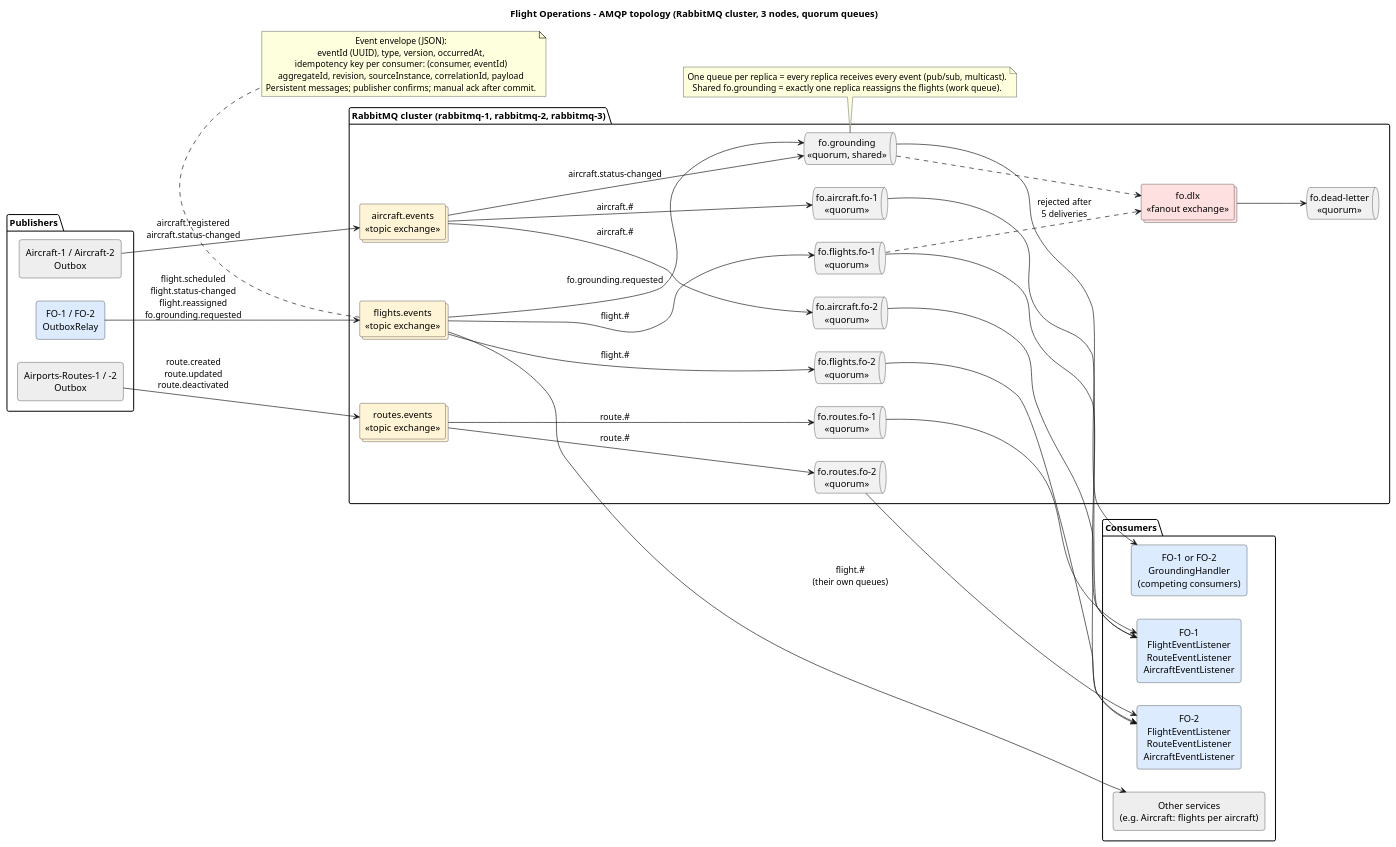
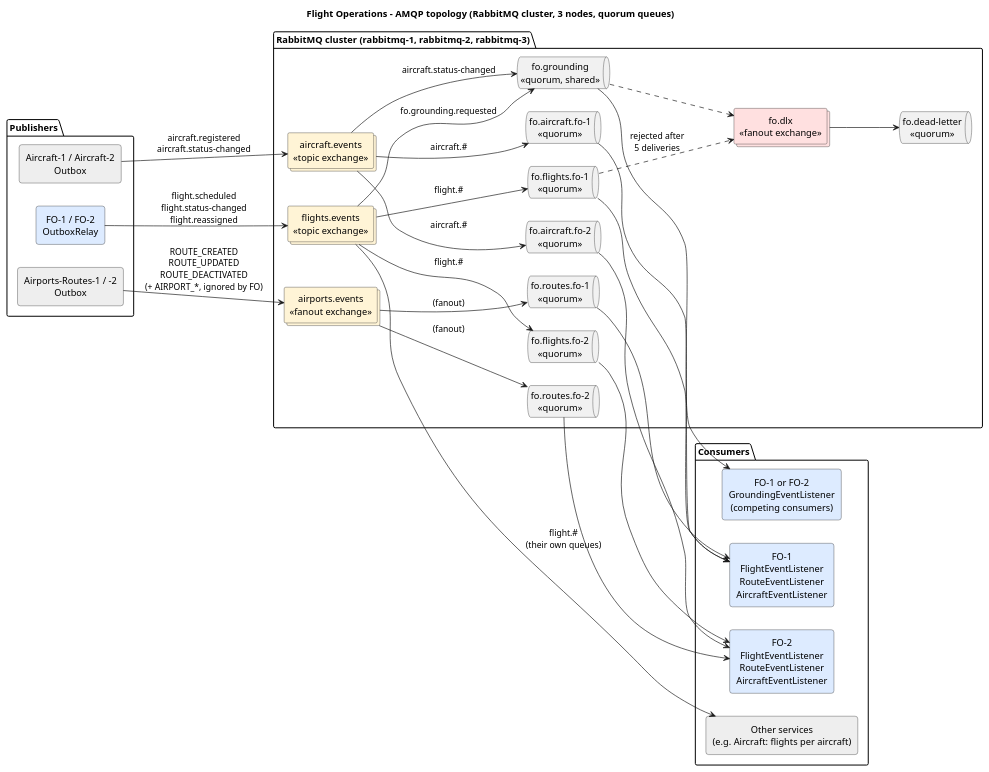
The diagram in Services/Flighting Operations/docs/messaging-topology-flight-operations.puml (anamartasilvaa/SIDIG_AI_Safe), drawn with PlantUML before and after one commit. The commit also changed 3 other files, not shown here.

Commit message:
FO : diagramas corrigidos

```diff
--- a/Services/Flighting Operations/docs/messaging-topology-flight-operations.puml
+++ b/Services/Flighting Operations/docs/messaging-topology-flight-operations.puml
@@ -1,77 +1,65 @@
 @startuml messaging-topology-flight-operations
 skinparam shadowing false
 skinparam defaultTextAlignment center
 skinparam rectangle {
   RoundCorner 8
 }
 left to right direction
 title Flight Operations - AMQP topology (RabbitMQ cluster, 3 nodes, quorum queues)
 
 package "Publishers" {
   rectangle "FO-1 / FO-2\nOutboxRelay" as foPub #DDEBFF
   rectangle "Aircraft-1 / Aircraft-2\nOutbox" as acPub #EEEEEE
   rectangle "Airports-Routes-1 / -2\nOutbox" as arPub #EEEEEE
 }
 
 package "RabbitMQ cluster (rabbitmq-1, rabbitmq-2, rabbitmq-3)" {
   collections "flights.events\n<<topic exchange>>" as exF #FFF4D6
   collections "aircraft.events\n<<topic exchange>>" as exA #FFF4D6
-  collections "routes.events\n<<topic exchange>>" as exR #FFF4D6
+  collections "airports.events\n<<fanout exchange>>" as exR #FFF4D6
   collections "fo.dlx\n<<fanout exchange>>" as dlx #FFE0E0
 
   queue "fo.flights.fo-1\n<<quorum>>" as qF1
   queue "fo.flights.fo-2\n<<quorum>>" as qF2
   queue "fo.aircraft.fo-1\n<<quorum>>" as qA1
   queue "fo.aircraft.fo-2\n<<quorum>>" as qA2
   queue "fo.routes.fo-1\n<<quorum>>" as qR1
   queue "fo.routes.fo-2\n<<quorum>>" as qR2
   queue "fo.grounding\n<<quorum, shared>>" as qG
   queue "fo.dead-letter\n<<quorum>>" as qDL
 }
 
 package "Consumers" {
   rectangle "FO-1\nFlightEventListener\nRouteEventListener\nAircraftEventListener" as c1 #DDEBFF
   rectangle "FO-2\nFlightEventListener\nRouteEventListener\nAircraftEventListener" as c2 #DDEBFF
-  rectangle "FO-1 or FO-2\nGroundingHandler\n(competing consumers)" as cg #DDEBFF
+  rectangle "FO-1 or FO-2\nGroundingEventListener\n(competing consumers)" as cg #DDEBFF
   rectangle "Other services\n(e.g. Aircraft: flights per aircraft)" as other #EEEEEE
 }
 
-foPub --> exF : flight.scheduled\nflight.status-changed\nflight.reassigned\nfo.grounding.requested
+foPub --> exF : flight.scheduled\nflight.status-changed\nflight.reassigned
 acPub --> exA : aircraft.registered\naircraft.status-changed
-arPub --> exR : route.created\nroute.updated\nroute.deactivated
+arPub --> exR : ROUTE_CREATED\nROUTE_UPDATED\nROUTE_DEACTIVATED\n(+ AIRPORT_*, ignored by FO)
 
 exF --> qF1 : flight.#
 exF --> qF2 : flight.#
 exF --> other : flight.#\n(their own queues)
 exA --> qA1 : aircraft.#
 exA --> qA2 : aircraft.#
 exA --> qG : aircraft.status-changed
 exF --> qG : fo.grounding.requested
-exR --> qR1 : route.#
-exR --> qR2 : route.#
+exR --> qR1 : (fanout)
+exR --> qR2 : (fanout)
 
 qF1 --> c1
 qA1 --> c1
 qR1 --> c1
 qF2 --> c2
 qA2 --> c2
 qR2 --> c2
 qG --> cg
 
 qF1 ..> dlx : rejected after\n5 deliveries
 qG ..> dlx
 dlx --> qDL
 
-note bottom of exF
-  Event envelope (JSON):
-  eventId (UUID), type, version, occurredAt,
-  idempotency key per consumer: (consumer, eventId)
-  aggregateId, revision, sourceInstance, correlationId, payload
-  Persistent messages; publisher confirms; manual ack after commit.
-end note
-
-note bottom of qG
-  One queue per replica = every replica receives every event (pub/sub, multicast).
-  Shared fo.grounding = exactly one replica reassigns the flights (work queue).
-end note
 @enduml
```
